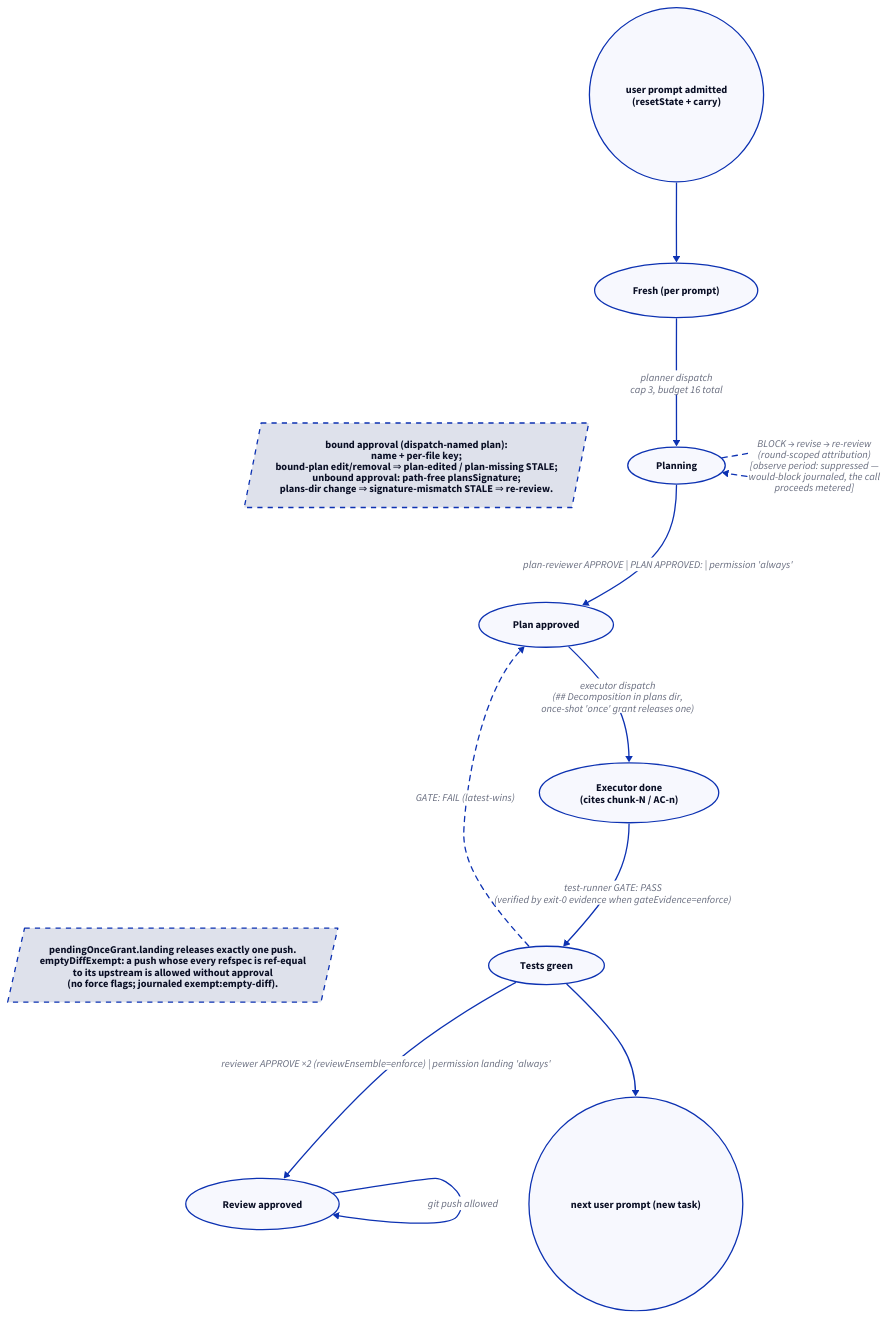
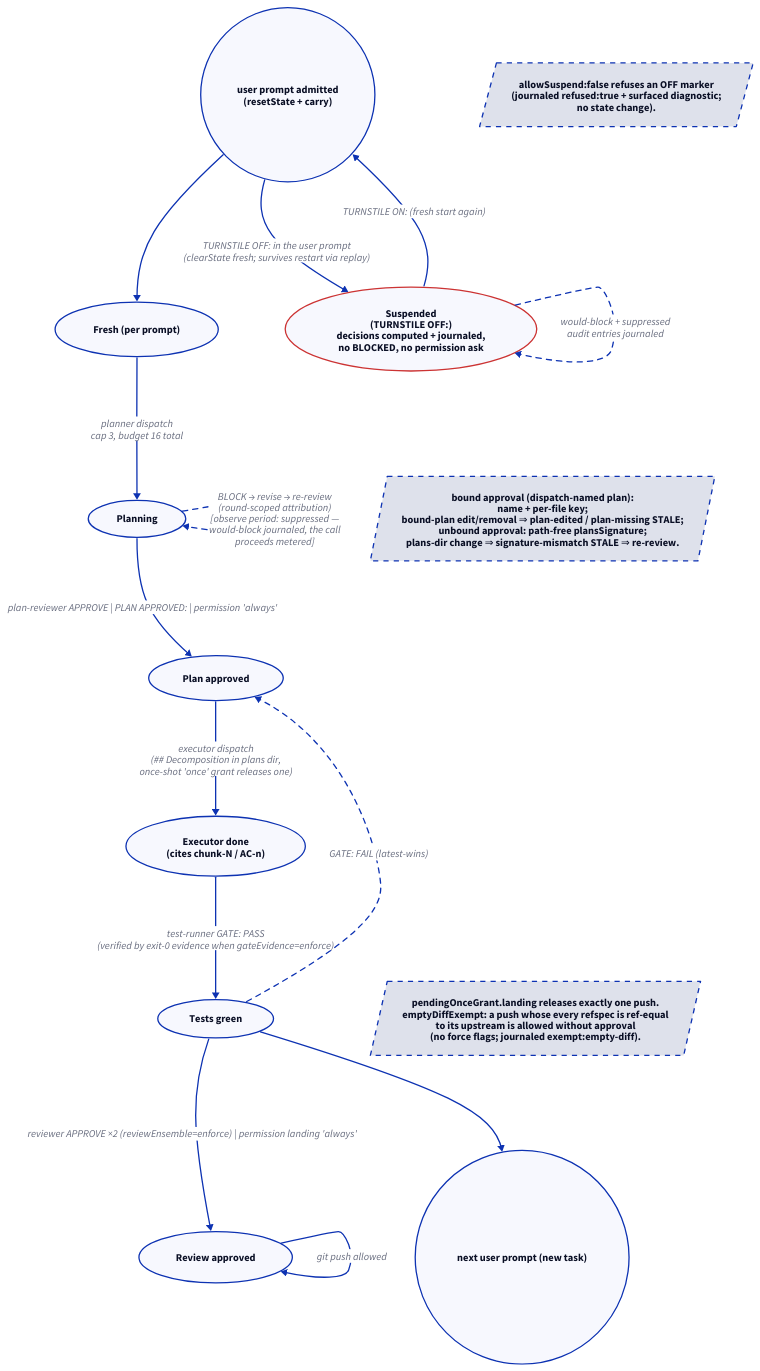
One commit to edseabolt/turnstile changed the diagram in docs/diagrams/d04-gate-state.d2. Above: the diagram before and after it, drawn with D2. The commit also changed 18 other files, not shown here.

Commit message:
feat(suspend): TURNSTILE OFF/ON prompt markers with journal replay + skill

```diff
--- a/docs/diagrams/d04-gate-state.d2
+++ b/docs/diagrams/d04-gate-state.d2
@@ -1,57 +1,74 @@
 direction: down
 
 fresh: "Fresh (per prompt)" {
   shape: oval
 }
 planning: "Planning" {
   shape: oval
 }
 planok: "Plan approved" {
   shape: oval
 }
 executor: "Executor done\n(cites chunk-N / AC-n)" {
   shape: oval
 }
 green: "Tests green" {
   shape: oval
 }
 reviewed: "Review approved" {
   shape: oval
 }
 end: "next user prompt (new task)" {
   shape: circle
 }
 
 start: "user prompt admitted\n(resetState + carry)" {
   shape: circle
 }
 
 start -> fresh
 fresh -> planning: "planner dispatch\ncap 3, budget 16 total"
 planning -> planok: "plan-reviewer APPROVE | PLAN APPROVED: | permission 'always'"
 planning -> planning: "BLOCK → revise → re-review\n(round-scoped attribution)\n[observe period: suppressed —\nwould-block journaled, the call\nproceeds metered]" {
   style.stroke-dash: 4
 }
 planok -> executor: "executor dispatch\n(## Decomposition in plans dir,\nonce-shot 'once' grant releases one)"
 executor -> green: "test-runner GATE: PASS\n(verified by exit-0 evidence when gateEvidence=enforce)"
 green -> planok: "GATE: FAIL (latest-wins)" {
   style.stroke-dash: 4
 }
 green -> reviewed: "reviewer APPROVE ×2 (reviewEnsemble=enforce) | permission landing 'always'"
 reviewed -> reviewed: "git push allowed"
 green -> end
 
+suspend: "Suspended\n(TURNSTILE OFF:)\ndecisions computed + journaled,\nno BLOCKED, no permission ask" {
+  shape: oval
+  style.stroke: "#c33"
+}
+suspend -> suspend: "would-block + suppressed\naudit entries journaled" {
+  style.stroke-dash: 4
+}
+start -> suspend: "TURNSTILE OFF: in the user prompt\n(clearState fresh; survives restart via replay)"
+suspend -> start: "TURNSTILE ON: (fresh start again)"
+refused-note: "allowSuspend:false refuses an OFF marker\n(journaled refused:true + surfaced diagnostic;\nno state change)." {
+  style.stroke-dash: 4
+  shape: parallelogram
+}
+refused-note -> suspend: "" {
+  style.opacity: 0
+}
+
 planok-note: "bound approval (dispatch-named plan):\nname + per-file key;\nbound-plan edit/removal ⇒ plan-edited / plan-missing STALE;\nunbound approval: path-free plansSignature;\nplans-dir change ⇒ signature-mismatch STALE ⇒ re-review." {
   style.stroke-dash: 4
   shape: parallelogram
 }
 reviewed-note: "pendingOnceGrant.landing releases exactly one push.\nemptyDiffExempt: a push whose every refspec is ref-equal\nto its upstream is allowed without approval\n(no force flags; journaled exempt:empty-diff)." {
   style.stroke-dash: 4
   shape: parallelogram
 }
 planok-note -> planok: "" {
   style.opacity: 0
 }
 reviewed-note -> reviewed: "" {
   style.opacity: 0
 }
```
